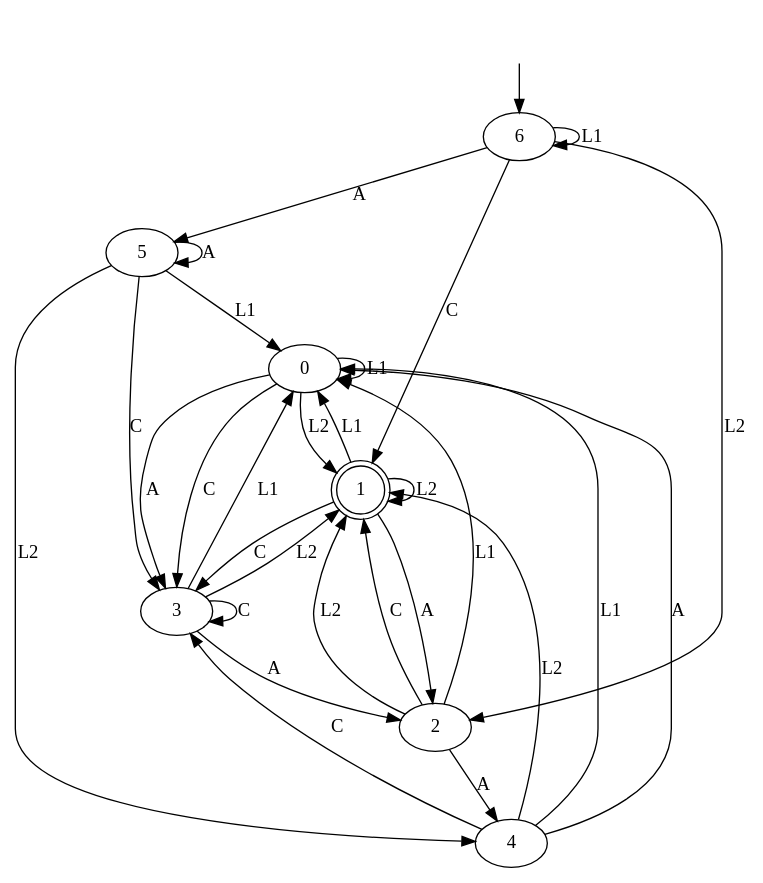
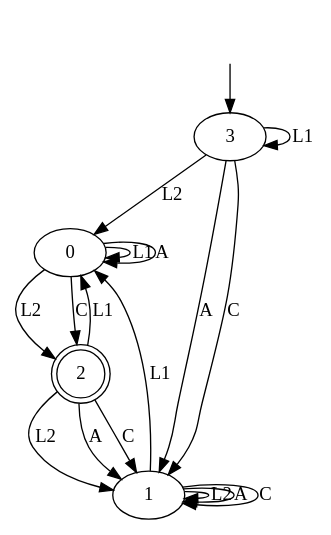
Before and after one commit to tomyaacov/lstar_dont_care: the diagram in output/magento_result_a_0.5.dot, drawn with Graphviz. The commit also changed 22 other files, not shown here.

```diff
--- a/output/magento_result_a_0.5.dot
+++ b/output/magento_result_a_0.5.dot
@@ -1,39 +1,24 @@
 digraph "output/magento_result_a_0.5" {
 0 [label=0];
-1 [label=1, shape=doublecircle];
-2 [label=2];
+1 [label=1];
+2 [label=2, shape=doublecircle];
 3 [label=3];
-4 [label=4];
-5 [label=5];
-6 [label=6];
 0 -> 0  [label=L1];
-0 -> 1  [label=L2];
-0 -> 3  [label=A];
-0 -> 3  [label=C];
+0 -> 2  [label=L2];
+0 -> 0  [label=A];
+0 -> 2  [label=C];
 1 -> 0  [label=L1];
 1 -> 1  [label=L2];
-1 -> 2  [label=A];
-1 -> 3  [label=C];
+1 -> 1  [label=A];
+1 -> 1  [label=C];
 2 -> 0  [label=L1];
 2 -> 1  [label=L2];
-2 -> 4  [label=A];
+2 -> 1  [label=A];
 2 -> 1  [label=C];
-3 -> 0  [label=L1];
-3 -> 1  [label=L2];
-3 -> 2  [label=A];
-3 -> 3  [label=C];
-4 -> 0  [label=L1];
-4 -> 1  [label=L2];
-4 -> 0  [label=A];
-4 -> 3  [label=C];
-5 -> 0  [label=L1];
-5 -> 4  [label=L2];
-5 -> 5  [label=A];
-5 -> 3  [label=C];
-6 -> 6  [label=L1];
-6 -> 2  [label=L2];
-6 -> 5  [label=A];
-6 -> 1  [label=C];
+3 -> 3  [label=L1];
+3 -> 0  [label=L2];
+3 -> 1  [label=A];
+3 -> 1  [label=C];
 __start0 [label="", shape=none];
-__start0 -> 6  [label=""];
+__start0 -> 3  [label=""];
 }
```
